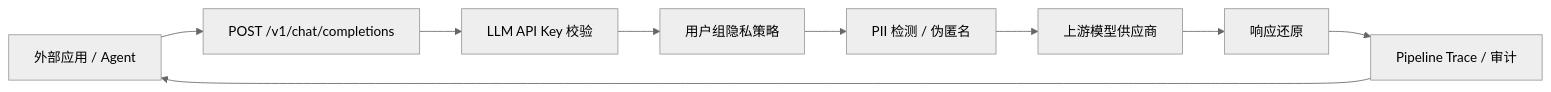
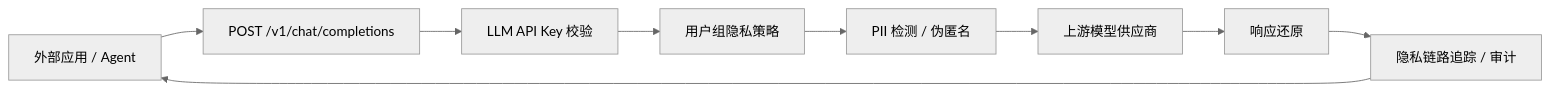
One commit to HuangLuGuang/skill-manager changed the third of 4 diagrams in docs/external-agent-integration.md. Above: the diagram before and after it, drawn with Mermaid (neutral theme). The commit also changed other lines of this file and 36 other files, not shown here.

````diff
--- a/docs/external-agent-integration.md
+++ b/docs/external-agent-integration.md
@@ -188,11 +188,11 @@
 ```mermaid
 flowchart LR
     A["外部应用 / Agent"] --> B["POST /v1/chat/completions"]
     B --> C["LLM API Key 校验"]
     C --> D["用户组隐私策略"]
     D --> E["PII 检测 / 伪匿名"]
     E --> F["上游模型供应商"]
     F --> G["响应还原"]
-    G --> H["Pipeline Trace / 审计"]
+    G --> H["隐私链路追踪 / 审计"]
     H --> A
 ```
````
